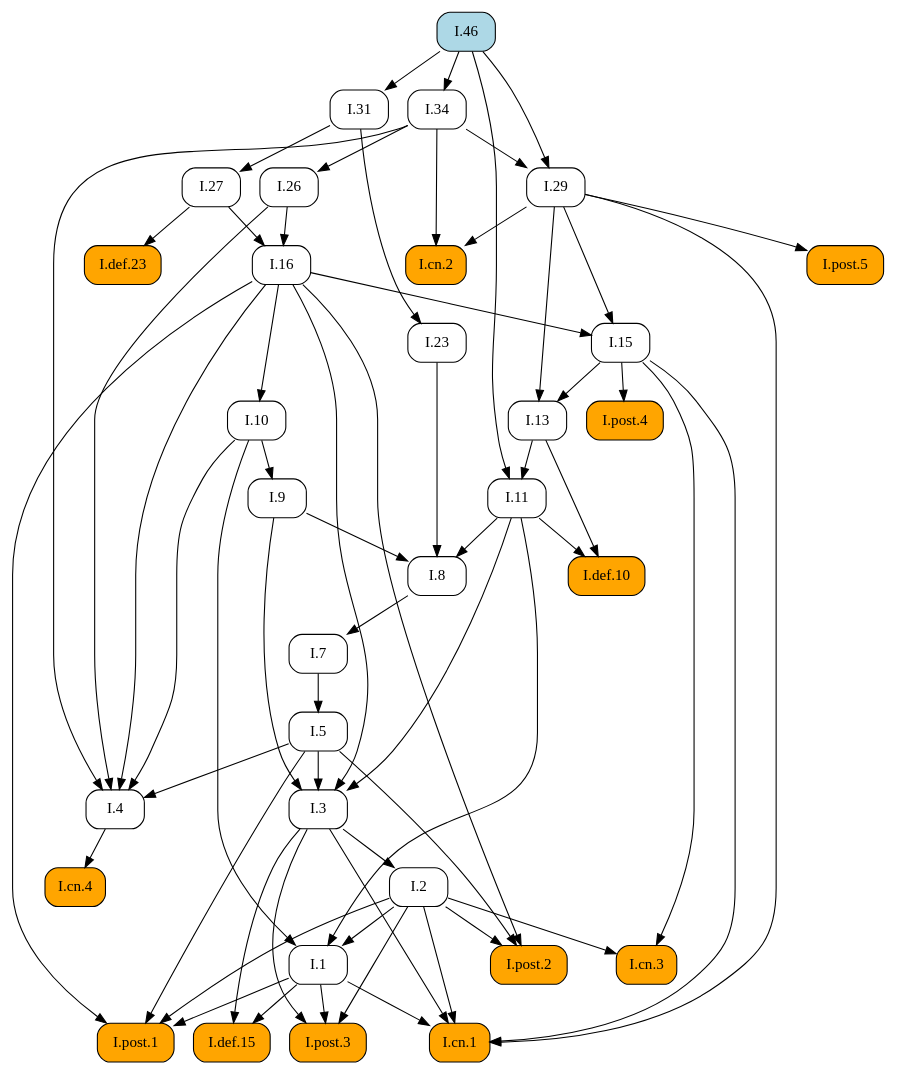
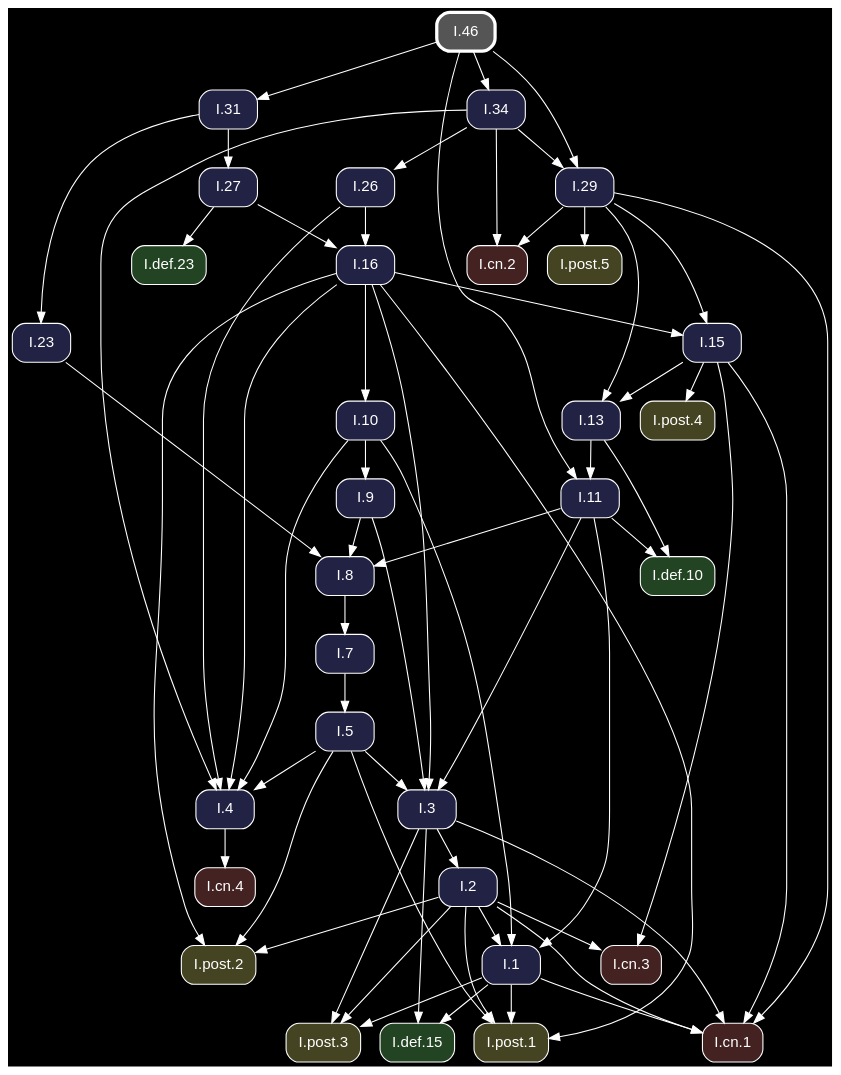
Before and after one commit to geometor/elements: the diagram in docsrc/heath/I/46/index.rst, drawn with Graphviz. The commit also changed other lines of this file and 1200 other files, not shown here.

Commit message:
update dependency graphs

```diff
--- a/docsrc/heath/I/46/index.rst
+++ b/docsrc/heath/I/46/index.rst
@@ -63,100 +63,102 @@
 .. graphviz::
 
    digraph {
+     bgcolor="black";
+     node [shape=box, style="rounded,filled", fontname="Helvetica", color="white", fontcolor="white"];
+     edge [color="white", fontcolor="white"];
      rankdir="TB";
-     node [shape=box, style=rounded];
-     "I.23" [URL="/heath/I/23/", target="_top"];
-     "I.9" [URL="/heath/I/9/", target="_top"];
-     "I.cn.1" [style="rounded,filled", fillcolor=orange, URL="/heath/I/cn.1/", target="_top"];
-     "I.7" [URL="/heath/I/7/", target="_top"];
-     "I.2" [URL="/heath/I/2/", target="_top"];
-     "I.def.15" [style="rounded,filled", fillcolor=orange, URL="/heath/I/def.15/", target="_top"];
-     "I.13" [URL="/heath/I/13/", target="_top"];
-     "I.post.4" [style="rounded,filled", fillcolor=orange, URL="/heath/I/post.4/", target="_top"];
-     "I.4" [URL="/heath/I/4/", target="_top"];
-     "I.1" [URL="/heath/I/1/", target="_top"];
-     "I.post.3" [style="rounded,filled", fillcolor=orange, URL="/heath/I/post.3/", target="_top"];
-     "I.post.1" [style="rounded,filled", fillcolor=orange, URL="/heath/I/post.1/", target="_top"];
-     "I.5" [URL="/heath/I/5/", target="_top"];
-     "I.8" [URL="/heath/I/8/", target="_top"];
-     "I.29" [URL="/heath/I/29/", target="_top"];
-     "I.cn.3" [style="rounded,filled", fillcolor=orange, URL="/heath/I/cn.3/", target="_top"];
-     "I.16" [URL="/heath/I/16/", target="_top"];
-     "I.31" [URL="/heath/I/31/", target="_top"];
-     "I.def.10" [style="rounded,filled", fillcolor=orange, URL="/heath/I/def.10/", target="_top"];
-     "I.15" [URL="/heath/I/15/", target="_top"];
-     "I.10" [URL="/heath/I/10/", target="_top"];
-     "I.11" [URL="/heath/I/11/", target="_top"];
-     "I.def.23" [style="rounded,filled", fillcolor=orange, URL="/heath/I/def.23/", target="_top"];
-     "I.cn.2" [style="rounded,filled", fillcolor=orange, URL="/heath/I/cn.2/", target="_top"];
-     "I.27" [URL="/heath/I/27/", target="_top"];
-     "I.post.5" [style="rounded,filled", fillcolor=orange, URL="/heath/I/post.5/", target="_top"];
-     "I.cn.4" [style="rounded,filled", fillcolor=orange, URL="/heath/I/cn.4/", target="_top"];
-     "I.post.2" [style="rounded,filled", fillcolor=orange, URL="/heath/I/post.2/", target="_top"];
-     "I.46" [style="rounded,filled", fillcolor=lightblue, URL="/heath/I/46/", target="_top"];
-     "I.26" [URL="/heath/I/26/", target="_top"];
-     "I.34" [URL="/heath/I/34/", target="_top"];
-     "I.3" [URL="/heath/I/3/", target="_top"];
-     "I.31" -> "I.23";
-     "I.10" -> "I.9";
+     "I.31" [fillcolor="#222244", URL="/heath/I/31/", target="_top"];
+     "I.46" [penwidth=3, color="white", fillcolor="#555555", URL="/heath/I/46/", target="_top"];
+     "I.3" [fillcolor="#222244", URL="/heath/I/3/", target="_top"];
+     "I.post.1" [fillcolor="#444422", URL="/heath/I/post.1/", target="_top"];
+     "I.cn.1" [fillcolor="#442222", URL="/heath/I/cn.1/", target="_top"];
+     "I.def.10" [fillcolor="#224422", URL="/heath/I/def.10/", target="_top"];
+     "I.15" [fillcolor="#222244", URL="/heath/I/15/", target="_top"];
+     "I.11" [fillcolor="#222244", URL="/heath/I/11/", target="_top"];
+     "I.16" [fillcolor="#222244", URL="/heath/I/16/", target="_top"];
+     "I.cn.3" [fillcolor="#442222", URL="/heath/I/cn.3/", target="_top"];
+     "I.13" [fillcolor="#222244", URL="/heath/I/13/", target="_top"];
+     "I.27" [fillcolor="#222244", URL="/heath/I/27/", target="_top"];
+     "I.2" [fillcolor="#222244", URL="/heath/I/2/", target="_top"];
+     "I.29" [fillcolor="#222244", URL="/heath/I/29/", target="_top"];
+     "I.cn.2" [fillcolor="#442222", URL="/heath/I/cn.2/", target="_top"];
+     "I.post.2" [fillcolor="#444422", URL="/heath/I/post.2/", target="_top"];
+     "I.cn.4" [fillcolor="#442222", URL="/heath/I/cn.4/", target="_top"];
+     "I.def.23" [fillcolor="#224422", URL="/heath/I/def.23/", target="_top"];
+     "I.9" [fillcolor="#222244", URL="/heath/I/9/", target="_top"];
+     "I.1" [fillcolor="#222244", URL="/heath/I/1/", target="_top"];
+     "I.post.5" [fillcolor="#444422", URL="/heath/I/post.5/", target="_top"];
+     "I.post.4" [fillcolor="#444422", URL="/heath/I/post.4/", target="_top"];
+     "I.23" [fillcolor="#222244", URL="/heath/I/23/", target="_top"];
+     "I.26" [fillcolor="#222244", URL="/heath/I/26/", target="_top"];
+     "I.8" [fillcolor="#222244", URL="/heath/I/8/", target="_top"];
+     "I.4" [fillcolor="#222244", URL="/heath/I/4/", target="_top"];
+     "I.post.3" [fillcolor="#444422", URL="/heath/I/post.3/", target="_top"];
+     "I.34" [fillcolor="#222244", URL="/heath/I/34/", target="_top"];
+     "I.7" [fillcolor="#222244", URL="/heath/I/7/", target="_top"];
+     "I.def.15" [fillcolor="#224422", URL="/heath/I/def.15/", target="_top"];
+     "I.5" [fillcolor="#222244", URL="/heath/I/5/", target="_top"];
+     "I.10" [fillcolor="#222244", URL="/heath/I/10/", target="_top"];
+     "I.46" -> "I.31";
+     "I.5" -> "I.3";
+     "I.9" -> "I.3";
+     "I.11" -> "I.3";
+     "I.16" -> "I.3";
+     "I.1" -> "I.post.1";
+     "I.2" -> "I.post.1";
+     "I.5" -> "I.post.1";
+     "I.16" -> "I.post.1";
      "I.1" -> "I.cn.1";
      "I.2" -> "I.cn.1";
      "I.3" -> "I.cn.1";
      "I.15" -> "I.cn.1";
      "I.29" -> "I.cn.1";
-     "I.8" -> "I.7";
-     "I.3" -> "I.2";
-     "I.1" -> "I.def.15";
-     "I.3" -> "I.def.15";
+     "I.11" -> "I.def.10";
+     "I.13" -> "I.def.10";
+     "I.16" -> "I.15";
+     "I.29" -> "I.15";
+     "I.13" -> "I.11";
+     "I.46" -> "I.11";
+     "I.26" -> "I.16";
+     "I.27" -> "I.16";
+     "I.2" -> "I.cn.3";
+     "I.15" -> "I.cn.3";
      "I.15" -> "I.13";
      "I.29" -> "I.13";
+     "I.31" -> "I.27";
+     "I.3" -> "I.2";
+     "I.34" -> "I.29";
+     "I.46" -> "I.29";
+     "I.29" -> "I.cn.2";
+     "I.34" -> "I.cn.2";
+     "I.2" -> "I.post.2";
+     "I.5" -> "I.post.2";
+     "I.16" -> "I.post.2";
+     "I.4" -> "I.cn.4";
+     "I.27" -> "I.def.23";
+     "I.10" -> "I.9";
+     "I.2" -> "I.1";
+     "I.10" -> "I.1";
+     "I.11" -> "I.1";
+     "I.29" -> "I.post.5";
      "I.15" -> "I.post.4";
+     "I.31" -> "I.23";
+     "I.34" -> "I.26";
+     "I.9" -> "I.8";
+     "I.11" -> "I.8";
+     "I.23" -> "I.8";
      "I.5" -> "I.4";
      "I.10" -> "I.4";
      "I.16" -> "I.4";
      "I.26" -> "I.4";
      "I.34" -> "I.4";
-     "I.2" -> "I.1";
-     "I.10" -> "I.1";
-     "I.11" -> "I.1";
      "I.1" -> "I.post.3";
      "I.2" -> "I.post.3";
      "I.3" -> "I.post.3";
-     "I.1" -> "I.post.1";
-     "I.2" -> "I.post.1";
-     "I.5" -> "I.post.1";
-     "I.16" -> "I.post.1";
+     "I.46" -> "I.34";
+     "I.8" -> "I.7";
+     "I.1" -> "I.def.15";
+     "I.3" -> "I.def.15";
      "I.7" -> "I.5";
-     "I.9" -> "I.8";
-     "I.11" -> "I.8";
-     "I.23" -> "I.8";
-     "I.34" -> "I.29";
-     "I.46" -> "I.29";
-     "I.2" -> "I.cn.3";
-     "I.15" -> "I.cn.3";
-     "I.26" -> "I.16";
-     "I.27" -> "I.16";
-     "I.46" -> "I.31";
-     "I.11" -> "I.def.10";
-     "I.13" -> "I.def.10";
-     "I.16" -> "I.15";
-     "I.29" -> "I.15";
      "I.16" -> "I.10";
-     "I.13" -> "I.11";
-     "I.46" -> "I.11";
-     "I.27" -> "I.def.23";
-     "I.29" -> "I.cn.2";
-     "I.34" -> "I.cn.2";
-     "I.31" -> "I.27";
-     "I.29" -> "I.post.5";
-     "I.4" -> "I.cn.4";
-     "I.2" -> "I.post.2";
-     "I.5" -> "I.post.2";
-     "I.16" -> "I.post.2";
-     "I.34" -> "I.26";
-     "I.46" -> "I.34";
-     "I.5" -> "I.3";
-     "I.9" -> "I.3";
-     "I.11" -> "I.3";
-     "I.16" -> "I.3";
    }
```
